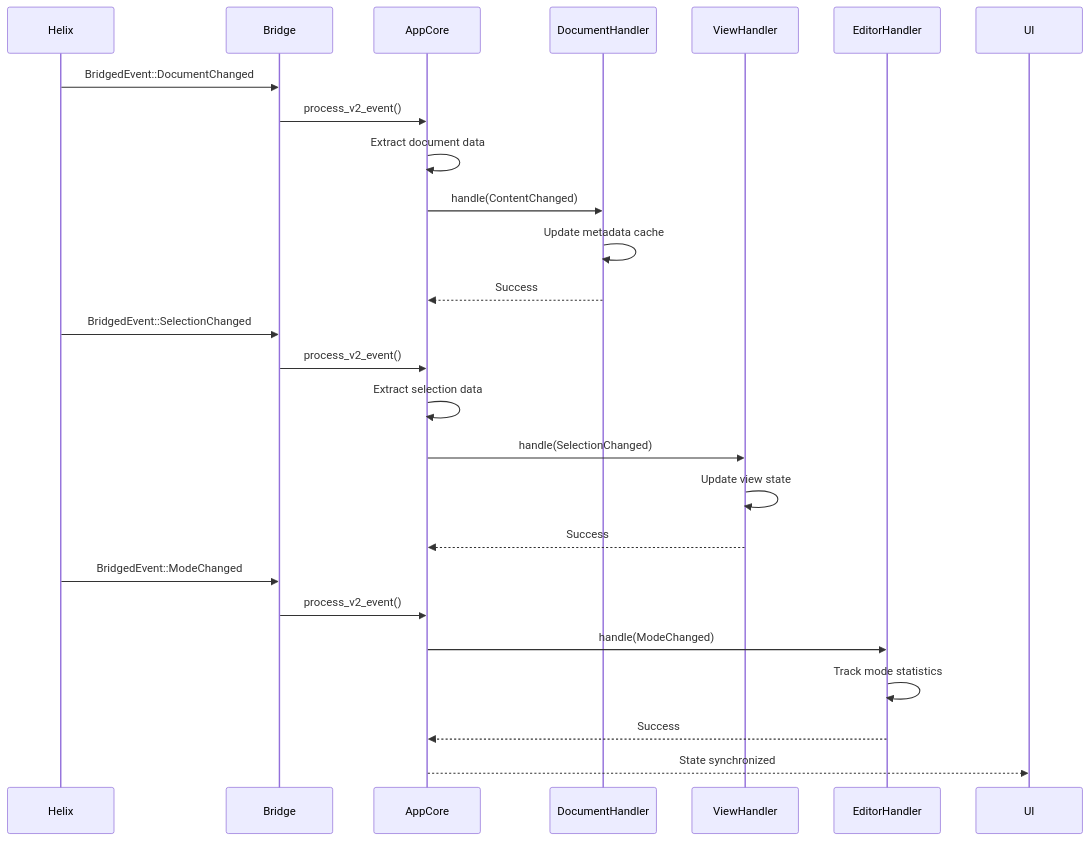
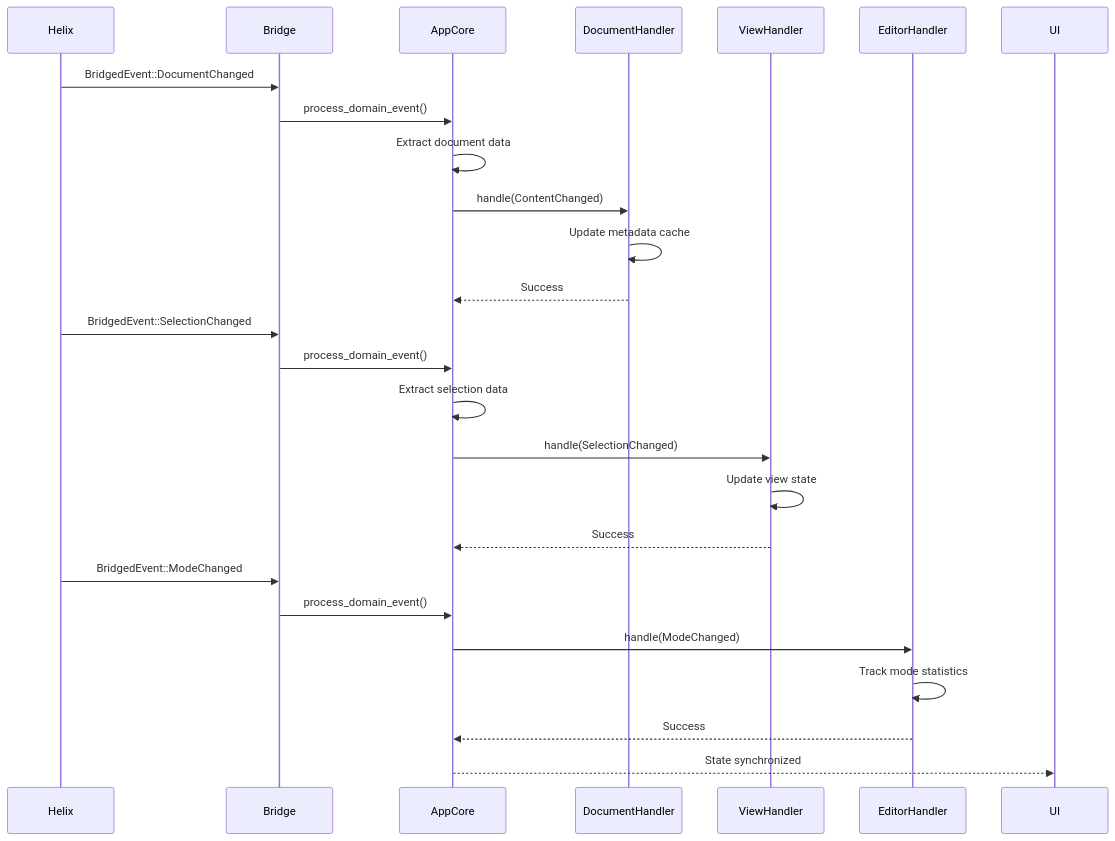
The sixth of 6 diagrams in docs/event_system.md (iainh/nucleotide), drawn with Mermaid before and after one commit. The commit also changed other lines of this file, not shown here.

First line of the commit message:
docs: clean up event system documentation - remove phase references

````diff
--- a/docs/event_system.md
+++ b/docs/event_system.md
@@ -230,32 +224,32 @@
 ```mermaid
 sequenceDiagram
     participant Helix
     participant Bridge
     participant AppCore
     participant DocumentHandler
     participant ViewHandler
     participant EditorHandler
     participant UI
     
     Helix->>Bridge: BridgedEvent::DocumentChanged
-    Bridge->>AppCore: process_v2_event()
+    Bridge->>AppCore: process_domain_event()
     AppCore->>AppCore: Extract document data
     AppCore->>DocumentHandler: handle(ContentChanged)
     DocumentHandler->>DocumentHandler: Update metadata cache
     DocumentHandler-->>AppCore: Success
     
     Helix->>Bridge: BridgedEvent::SelectionChanged
-    Bridge->>AppCore: process_v2_event()
+    Bridge->>AppCore: process_domain_event()
     AppCore->>AppCore: Extract selection data
     AppCore->>ViewHandler: handle(SelectionChanged)
     ViewHandler->>ViewHandler: Update view state
     ViewHandler-->>AppCore: Success
     
     Helix->>Bridge: BridgedEvent::ModeChanged
-    Bridge->>AppCore: process_v2_event()
+    Bridge->>AppCore: process_domain_event()
     AppCore->>EditorHandler: handle(ModeChanged)
     EditorHandler->>EditorHandler: Track mode statistics
     EditorHandler-->>AppCore: Success
     
     AppCore-->>UI: State synchronized
 ```
````
